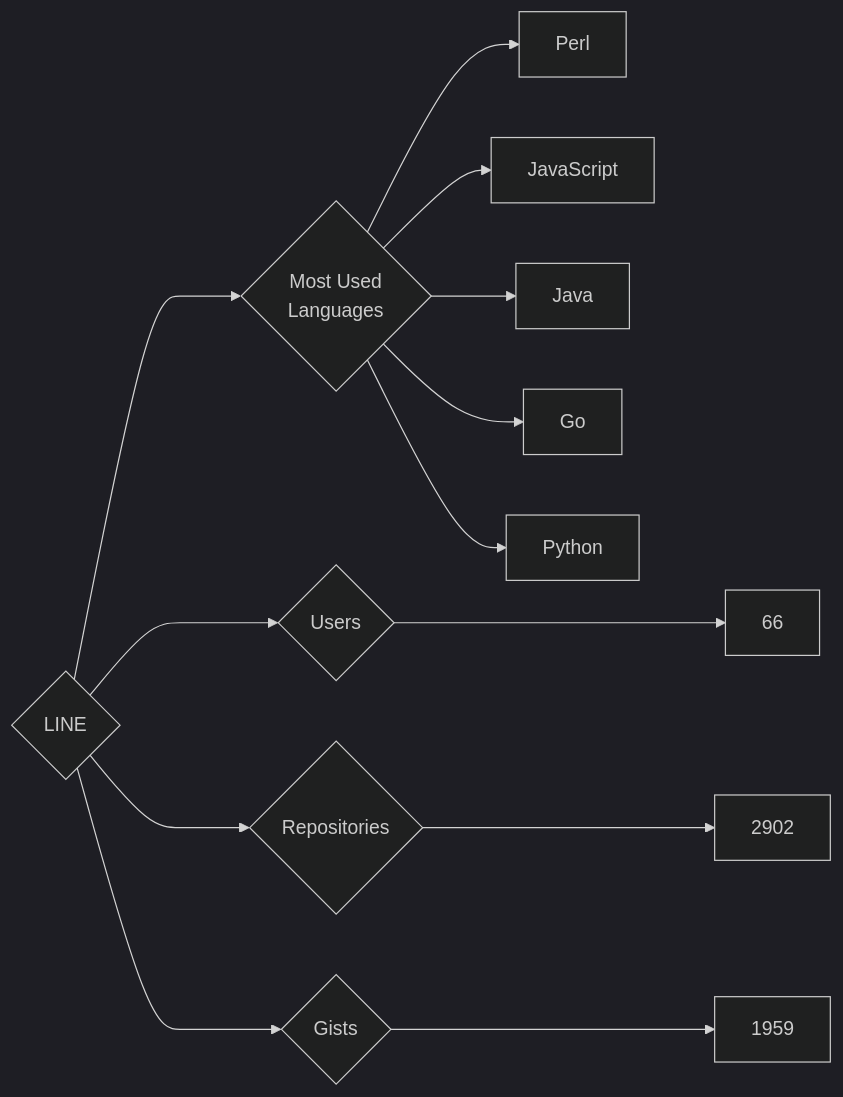
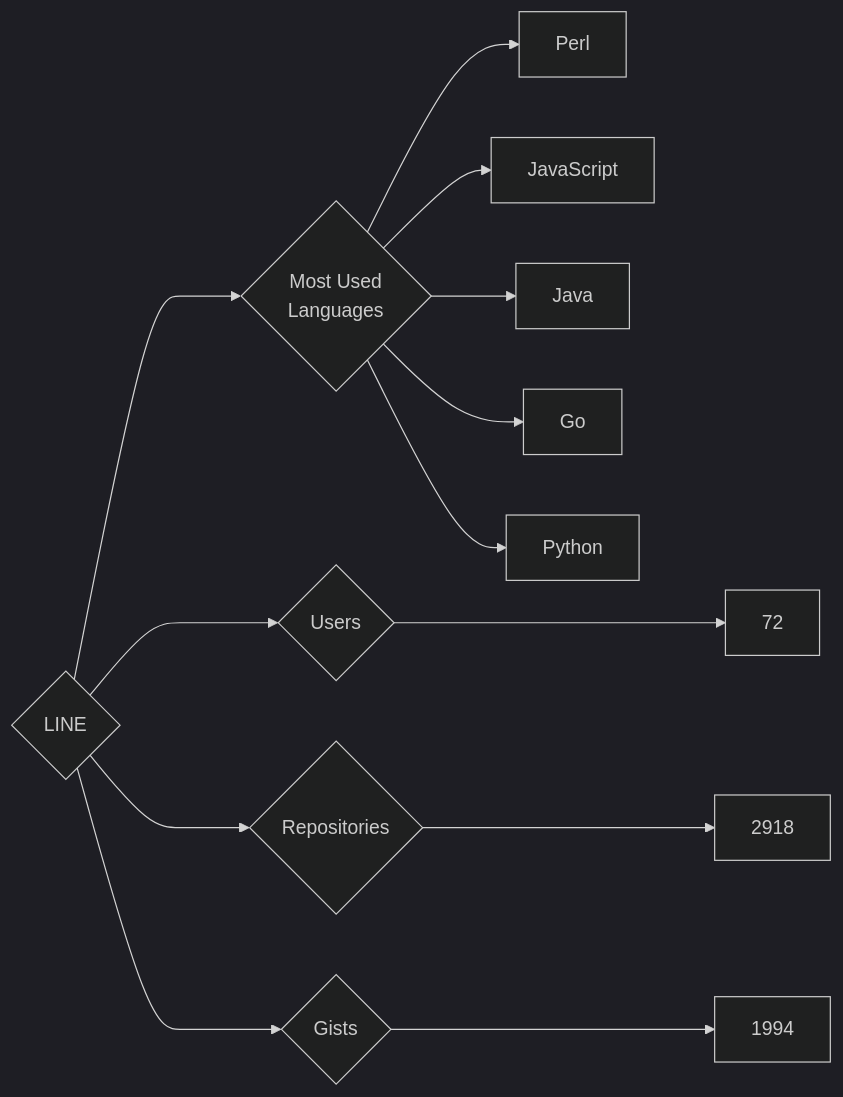
Before and after one commit to trickest/insiders: the diagram in targets/LINE/README.md, drawn with Mermaid (dark theme). The commit also changed 1484 other files, not shown here.

````diff
--- a/targets/LINE/README.md
+++ b/targets/LINE/README.md
@@ -3,13 +3,13 @@
 ```mermaid
 graph LR
 COMPANY_NAME{LINE}
-COMPANY_NAME ---> U{Users} ---> UN[66]
-COMPANY_NAME ---> R{Repositories} ---> RN[2902]
-COMPANY_NAME ---> G{Gists} ---> GN[1959]
+COMPANY_NAME ---> U{Users} ---> UN[72]
+COMPANY_NAME ---> R{Repositories} ---> RN[2918]
+COMPANY_NAME ---> G{Gists} ---> GN[1994]
 COMPANY_NAME ---> ML{Most Used<br>Languages}
 ML --> Perl[Perl]
 ML --> JavaScript[JavaScript]
 ML --> Java[Java]
 ML --> Go[Go]
 ML --> Python[Python]
 ```
````
